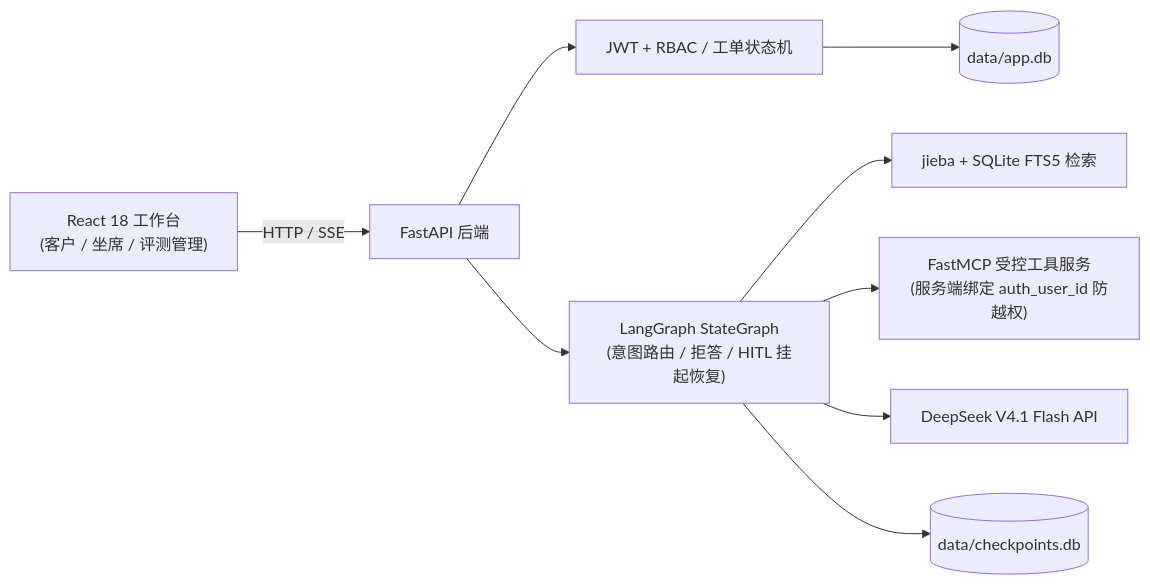
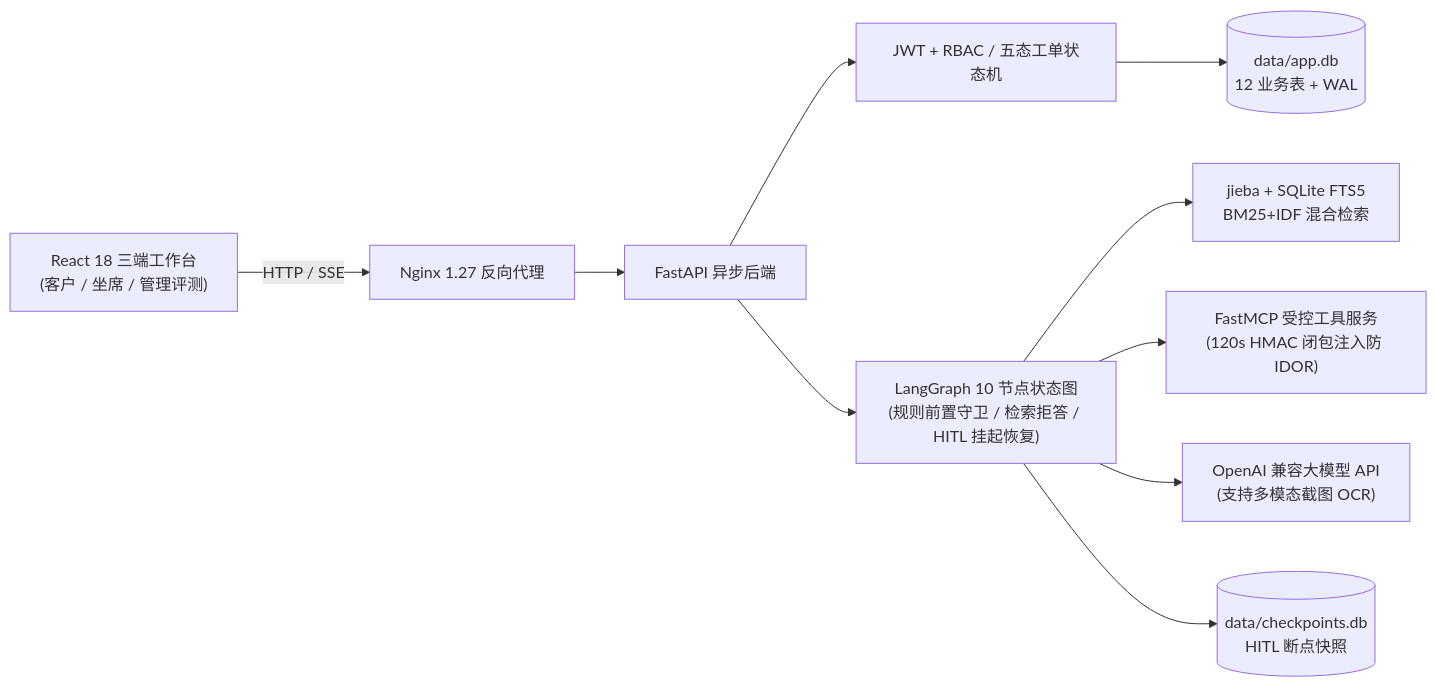
Before and after one commit to tangbut1/cloud-support-graph: the diagram in README.md, drawn with Mermaid. The commit also changed other lines of this file and 7 other files, not shown here.

````diff
--- a/README.md
+++ b/README.md
@@ -8,11 +132,12 @@
 ```mermaid
 flowchart LR
-    UI["React 18 工作台<br/>(客户 / 坐席 / 评测管理)"] -->|"HTTP / SSE"| API["FastAPI 后端"]
-    API --> AUTH["JWT + RBAC / 工单状态机"]
-    API --> GRAPH["LangGraph StateGraph<br/>(意图路由 / 拒答 / HITL 挂起恢复)"]
-    GRAPH --> FTS["jieba + SQLite FTS5 检索"]
-    GRAPH --> MCP["FastMCP 受控工具服务<br/>(服务端绑定 auth_user_id 防越权)"]
-    GRAPH --> LLM["DeepSeek V4.1 Flash API"]
-    AUTH --> DB[("data/app.db")]
-    GRAPH --> CKPT[("data/checkpoints.db")]
+    UI["React 18 三端工作台<br/>(客户 / 坐席 / 管理评测)"] -->|"HTTP / SSE"| NGX["Nginx 1.27 反向代理"]
+    NGX --> API["FastAPI 异步后端"]
+    API --> AUTH["JWT + RBAC / 五态工单状态机"]
+    API --> GRAPH["LangGraph 10 节点状态图<br/>(规则前置守卫 / 检索拒答 / HITL 挂起恢复)"]
+    GRAPH --> FTS["jieba + SQLite FTS5<br/>BM25+IDF 混合检索"]
+    GRAPH --> MCP["FastMCP 受控工具服务<br/>(120s HMAC 闭包注入防 IDOR)"]
+    GRAPH --> LLM["OpenAI 兼容大模型 API<br/>(支持多模态截图 OCR)"]
+    AUTH --> DB[("data/app.db<br/>12 业务表 + WAL")]
+    GRAPH --> CKPT[("data/checkpoints.db<br/>HITL 断点快照")]
 ```
````
